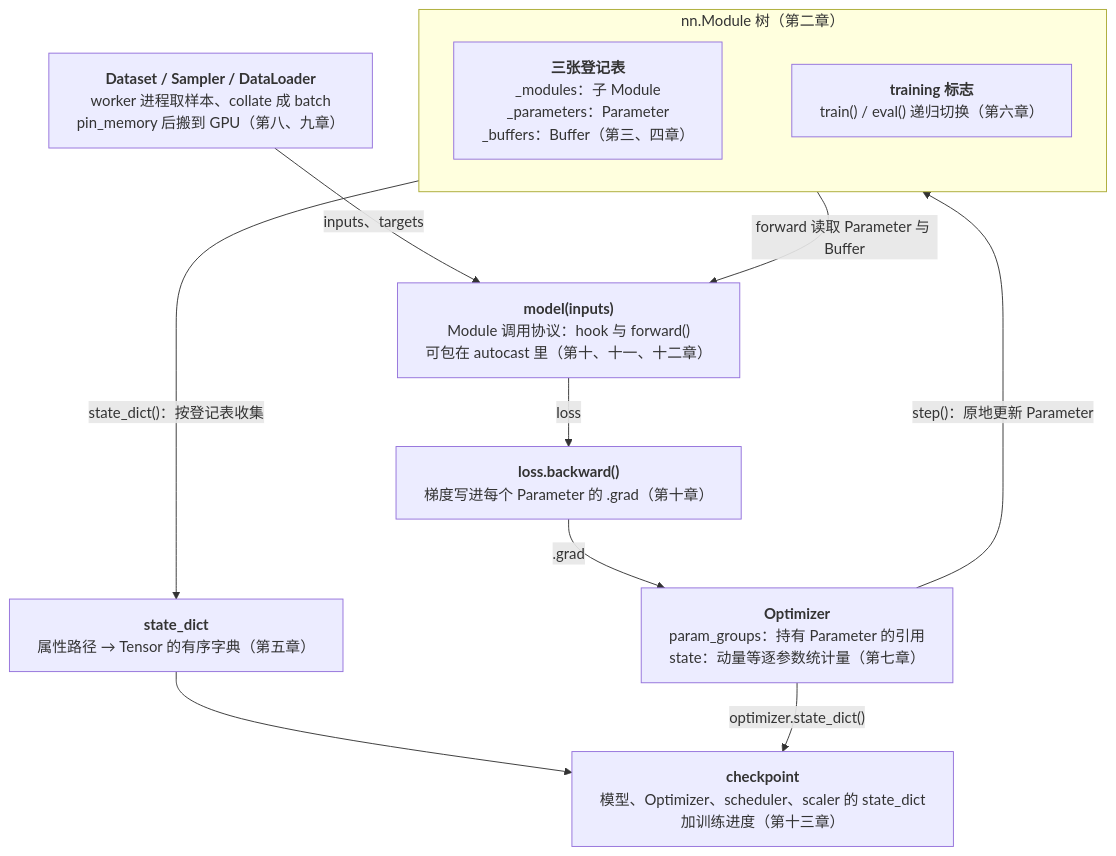
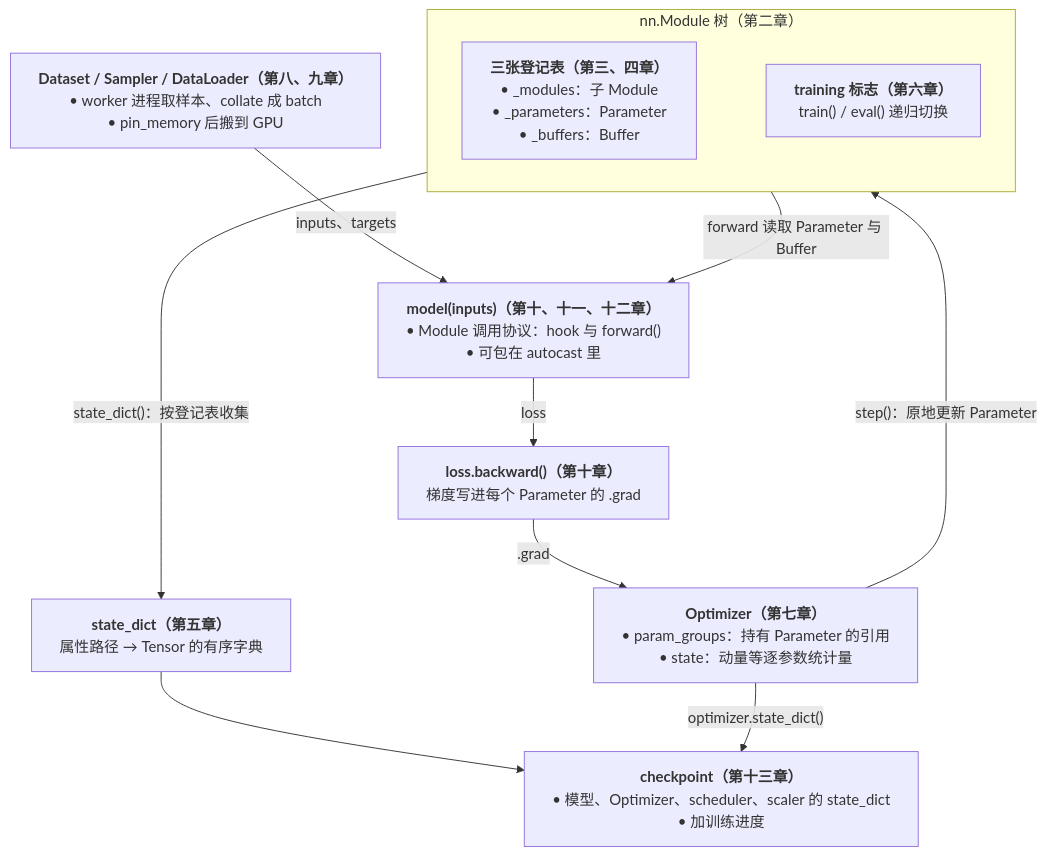
Before and after one commit to arganzheng/arganzheng.github.com: the first of 6 diagrams in _posts/2026-02-20-pytorch-module-and-training-system.md, drawn with Mermaid. The commit also changed other lines of this file and 9 other files, not shown here.

First line of the commit message:
PyTorch 系列其余 9 篇：流程图方框改成「标题 + 列表」

````diff
--- a/_posts/2026-02-20-pytorch-module-and-training-system.md
+++ b/_posts/2026-02-20-pytorch-module-and-training-system.md
@@ -42,25 +42,25 @@
 ```mermaid
-%%{init: {"flowchart": {"wrappingWidth": 360}}}%%
+%%{init: {"flowchart": {"wrappingWidth": 540}}}%%
 %% 图：一次训练迭代穿过的对象：数据管线、Module 树、Optimizer 与 checkpoint
 flowchart TB
-    DL["<b>Dataset / Sampler / DataLoader</b><br/>worker 进程取样本、collate 成 batch<br/>pin_memory 后搬到 GPU（第八、九章）"]
+    DL["<b>Dataset / Sampler / DataLoader（第八、九章）</b><br/>• worker 进程取样本、collate 成 batch<br/>• pin_memory 后搬到 GPU"]
     subgraph MOD["nn.Module 树（第二章）"]
-        REG["<b>三张登记表</b><br/>_modules：子 Module<br/>_parameters：Parameter<br/>_buffers：Buffer（第三、四章）"]
-        MODE["<b>training 标志</b><br/>train() / eval() 递归切换（第六章）"]
+        REG["<b>三张登记表（第三、四章）</b><br/>• _modules：子 Module<br/>• _parameters：Parameter<br/>• _buffers：Buffer"]
+        MODE["<b>training 标志（第六章）</b><br/>train() / eval() 递归切换"]
         REG ~~~ MODE
     end
-    FWD["<b>model(inputs)</b><br/>Module 调用协议：hook 与 forward()<br/>可包在 autocast 里（第十、十一、十二章）"]
-    GRAD["<b>loss.backward()</b><br/>梯度写进每个 Parameter 的 .grad（第十章）"]
-    OPT["<b>Optimizer</b><br/>param_groups：持有 Parameter 的引用<br/>state：动量等逐参数统计量（第七章）"]
-    SD["<b>state_dict</b><br/>属性路径 → Tensor 的有序字典（第五章）"]
-    CK["<b>checkpoint</b><br/>模型、Optimizer、scheduler、scaler 的 state_dict<br/>加训练进度（第十三章）"]
+    FWD["<b>model(inputs)（第十、十一、十二章）</b><br/>• Module 调用协议：hook 与 forward()<br/>• 可包在 autocast 里"]
+    GRAD["<b>loss.backward()（第十章）</b><br/>梯度写进每个 Parameter 的 .grad"]
+    OPT["<b>Optimizer（第七章）</b><br/>• param_groups：持有 Parameter 的引用<br/>• state：动量等逐参数统计量"]
+    SD["<b>state_dict（第五章）</b><br/>属性路径 → Tensor 的有序字典"]
+    CK["<b>checkpoint（第十三章）</b><br/>• 模型、Optimizer、scheduler、scaler 的 state_dict<br/>• 加训练进度"]
 
     DL -- "inputs、targets" --> FWD
     MOD -- "forward 读取 Parameter 与 Buffer" --> FWD
     FWD -- "loss" --> GRAD
     GRAD -- ".grad" --> OPT
     OPT -- "step()：原地更新 Parameter" --> MOD
     MOD -- "state_dict()：按登记表收集" --> SD
     SD --> CK
     OPT -- "optimizer.state_dict()" --> CK
 ```
````
